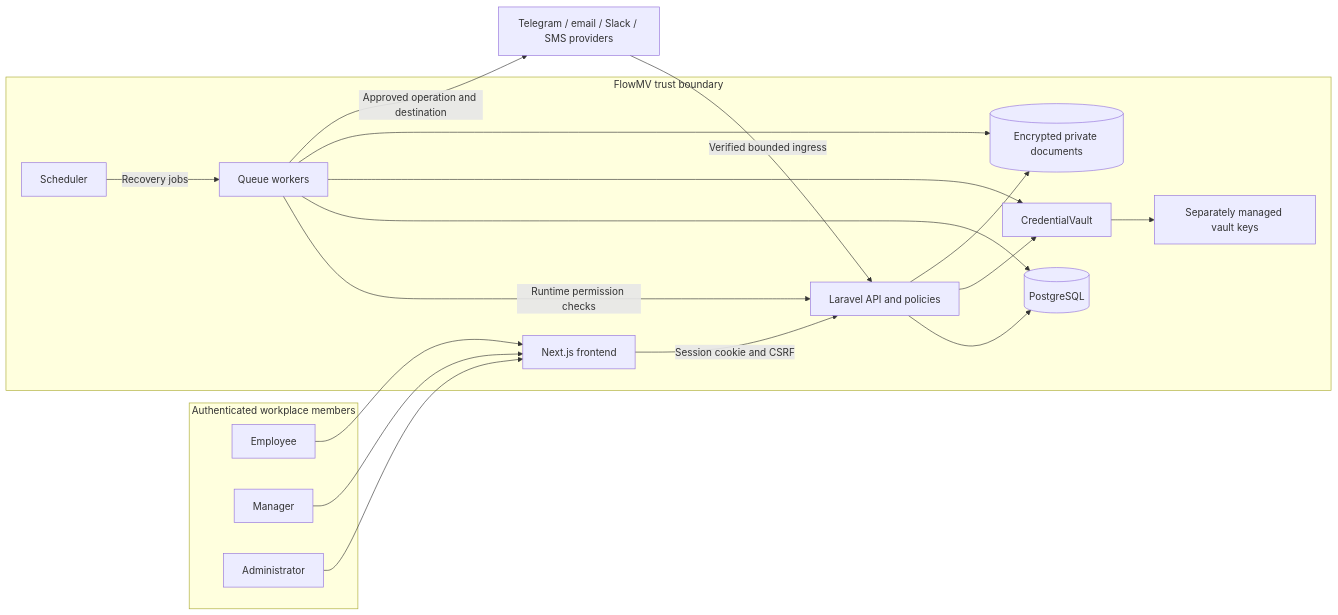
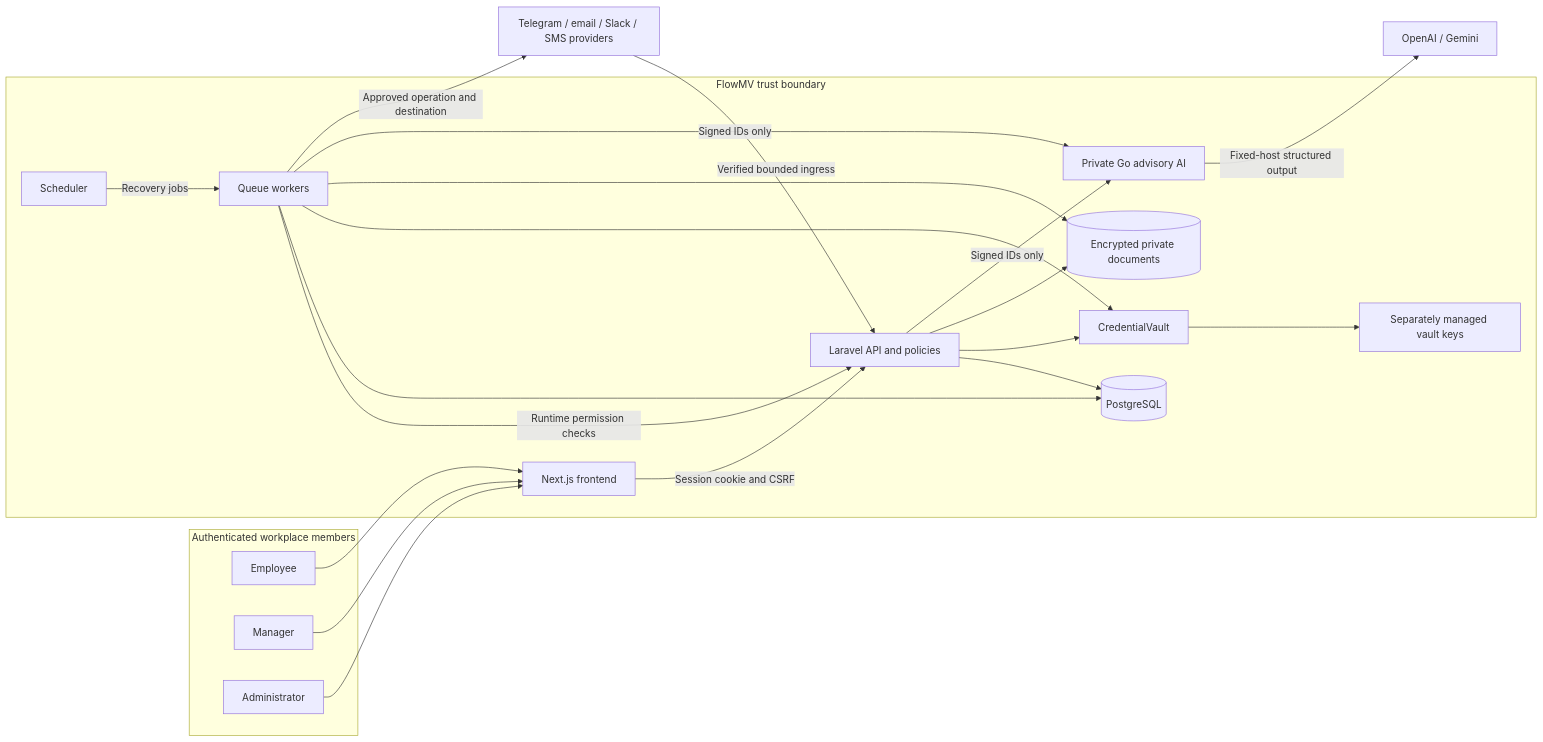
Before and after one commit to AahilSomethin/FlowMV: the diagram in docs/diagrams/system-context.md, drawn with Mermaid. The commit also changed other lines of this file and 61 other files, not shown here.

````diff
--- a/docs/diagrams/system-context.md
+++ b/docs/diagrams/system-context.md
@@ -5,34 +5,39 @@
 ```mermaid
 flowchart LR
   subgraph People[Authenticated workplace members]
     E[Employee]
     M[Manager]
     A[Administrator]
   end
   subgraph App[FlowMV trust boundary]
     UI[Next.js frontend]
     API[Laravel API and policies]
     DB[(PostgreSQL)]
     W[Queue workers]
     S[Scheduler]
     V[CredentialVault]
     F[(Encrypted private documents)]
     K[Separately managed vault keys]
+    Go[Private Go advisory AI]
     UI -->|Session cookie and CSRF| API
     API --> DB
     API --> V
     W -->|Runtime permission checks| API
     W --> DB
     W --> V
     S -->|Recovery jobs| W
     V --> K
     API --> F
     W --> F
+    API -->|Signed IDs only| Go
+    W -->|Signed IDs only| Go
   end
   E --> UI
   M --> UI
   A --> UI
   P[Telegram / email / Slack / SMS providers]
+  AI[OpenAI / Gemini]
   P -->|Verified bounded ingress| API
   W -->|Approved operation and destination| P
+  Go -->|Fixed-host structured output| AI
 ```
````
